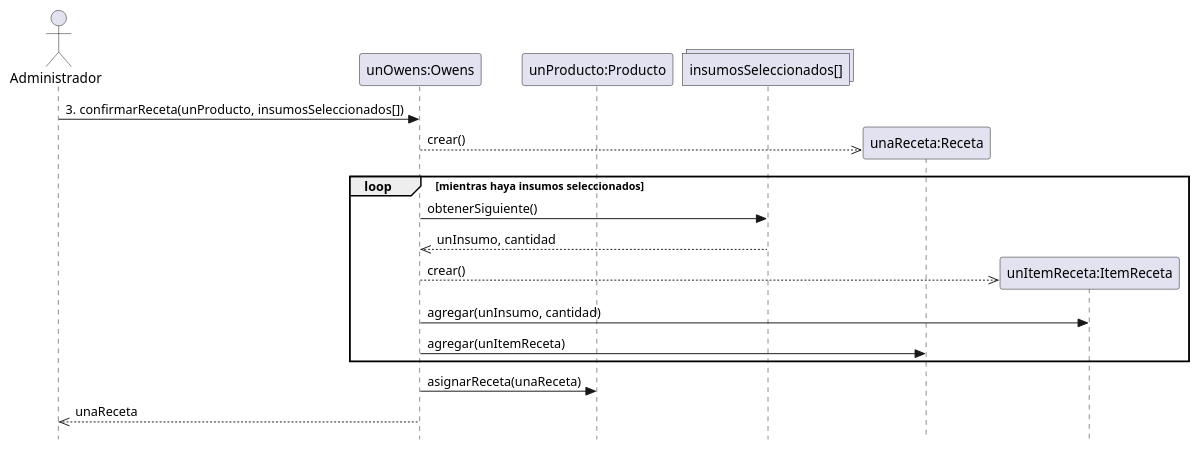
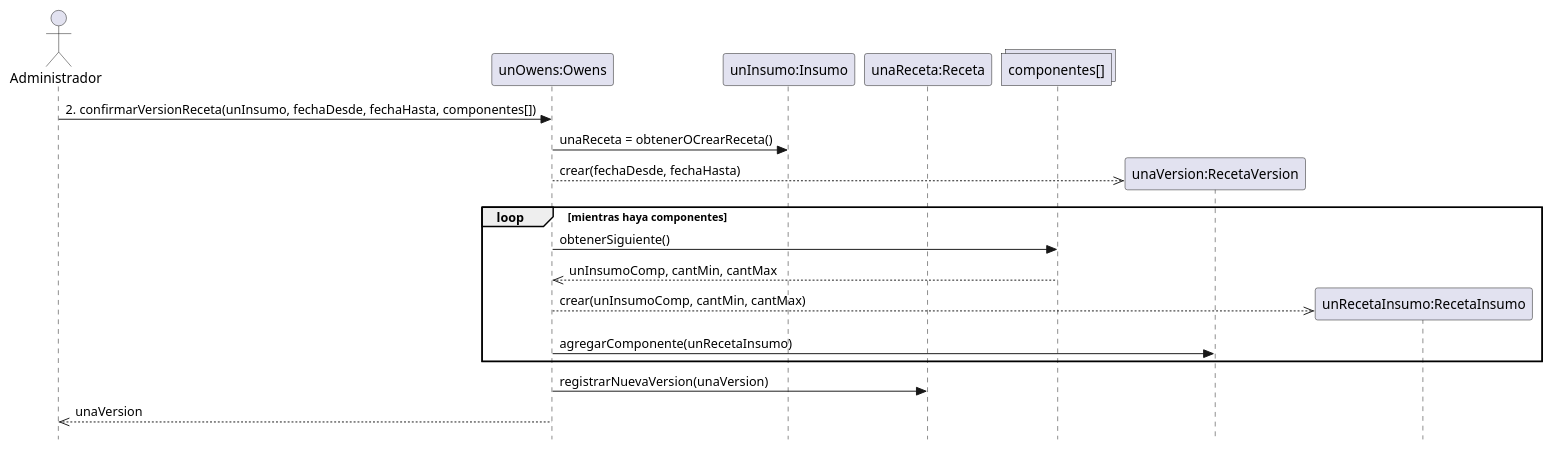
One commit to DiegoParadiso/owens changed the tenth of 18 diagrams in docs/4_Diseno/4.4_diagrama_secuencia_diseno_dsd.md. Above: the diagram before and after it, drawn with PlantUML. The commit also changed other lines of this file and 72 other files, not shown here.

Commit message:
docs: actualizar modelo unificado de insumos, UML, casos de uso, OCL y estado de avance

````diff
--- a/docs/4_Diseno/4.4_diagrama_secuencia_diseno_dsd.md
+++ b/docs/4_Diseno/4.4_diagrama_secuencia_diseno_dsd.md
@@ -297,30 +297,32 @@
 ```plantuml
 @startuml
 skinparam style strictuml
 hide footbox
 
 actor Administrador as A
 participant "unOwens:Owens" as Owens
-participant "unProducto:Producto" as Prod
-collections "insumosSeleccionados[]" as ColSeleccion
+participant "unInsumo:Insumo" as Ins
+participant "unaReceta:Receta" as Receta
+collections "componentes[]" as ColComponentes
 
-A -> Owens : 3. confirmarReceta(unProducto, insumosSeleccionados[])
+A -> Owens : 2. confirmarVersionReceta(unInsumo, fechaDesde, fechaHasta, componentes[])
 
-create participant "unaReceta:Receta" as Receta
-Owens -->> Receta : crear()
+Owens -> Ins : unaReceta = obtenerOCrearReceta()
 
-loop mientras haya insumos seleccionados
-    Owens -> ColSeleccion : obtenerSiguiente()
-    ColSeleccion -->> Owens : unInsumo, cantidad
+create participant "unaVersion:RecetaVersion" as Version
+Owens -->> Version : crear(fechaDesde, fechaHasta)
+
+loop mientras haya componentes
+    Owens -> ColComponentes : obtenerSiguiente()
+    ColComponentes -->> Owens : unInsumoComp, cantMin, cantMax
     
-    create participant "unItemReceta:ItemReceta" as Item
-    Owens -->> Item : crear()
-    Owens -> Item : agregar(unInsumo, cantidad)
-    Owens -> Receta : agregar(unItemReceta)
+    create participant "unRecetaInsumo:RecetaInsumo" as Item
+    Owens -->> Item : crear(unInsumoComp, cantMin, cantMax)
+    Owens -> Version : agregarComponente(unRecetaInsumo)
 end
 
-Owens -> Prod : asignarReceta(unaReceta)
+Owens -> Receta : registrarNuevaVersion(unaVersion)
 
-Owens -->> A : unaReceta
+Owens -->> A : unaVersion
 @enduml
 ```
````
